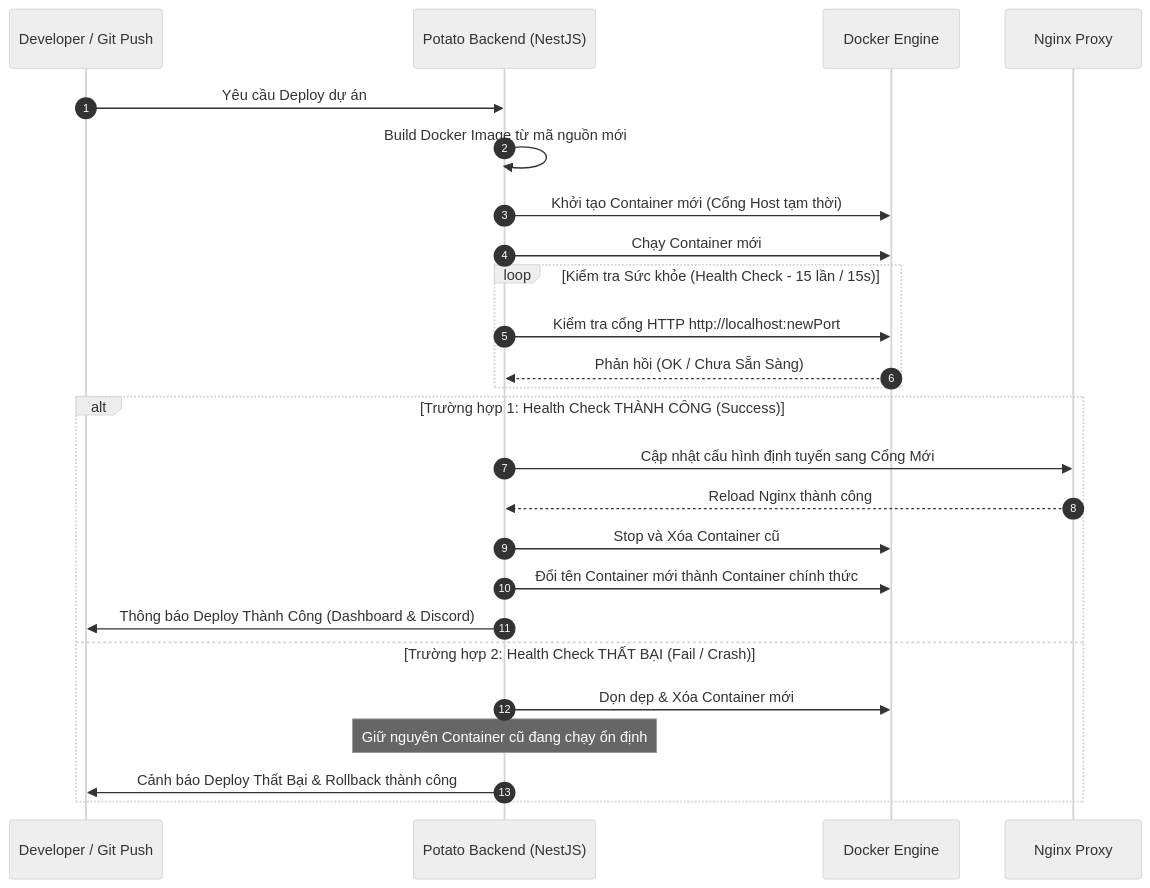
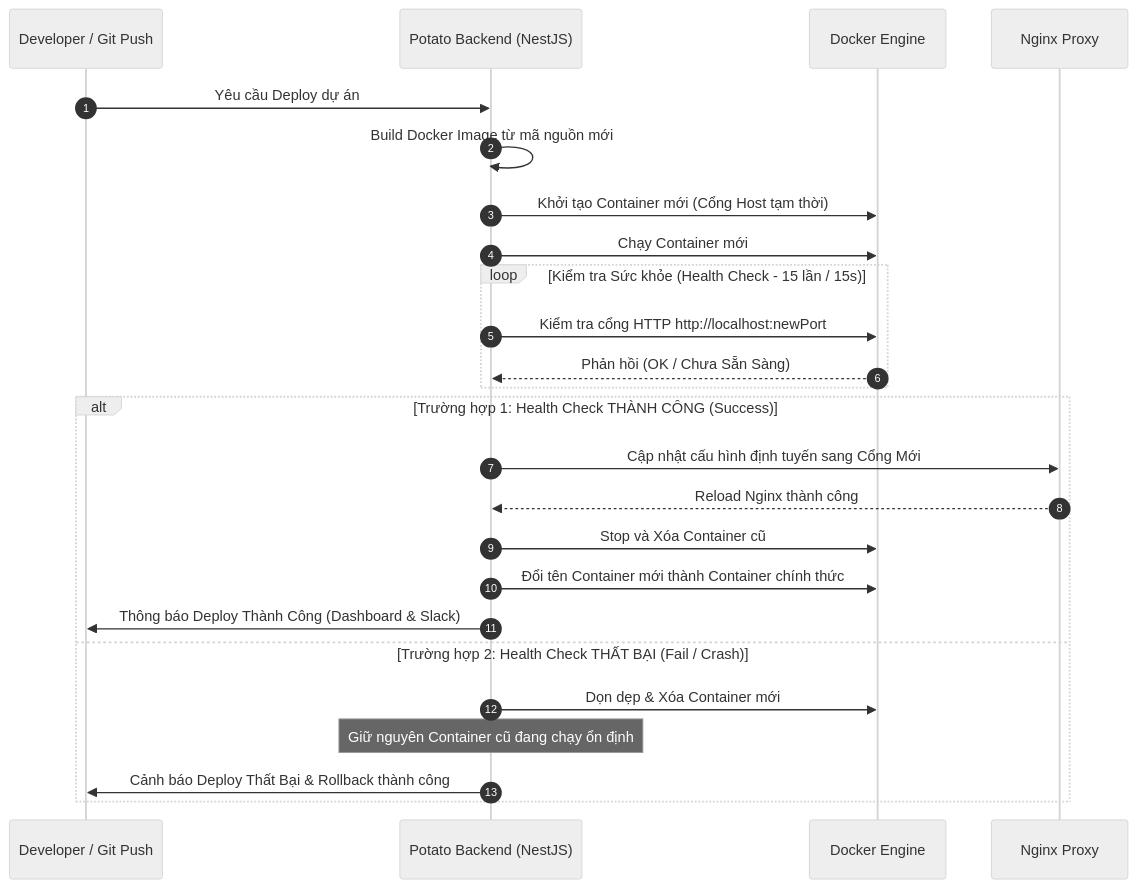
The first of 3 diagrams in BAO_CAO_TIEN_DO.md (minhduy7741/Potato), drawn with Mermaid (neutral theme) before and after one commit. The commit also changed other lines of this file and 52 other files, not shown here.

Commit message:
Fix WebSocket errors, update schema, and UI improvements

````diff
--- a/BAO_CAO_TIEN_DO.md
+++ b/BAO_CAO_TIEN_DO.md
@@ -32,30 +32,30 @@
 ```mermaid
 sequenceDiagram
     autonumber
     participant D as Developer / Git Push
     participant BE as Potato Backend (NestJS)
     participant DK as Docker Engine
     participant NX as Nginx Proxy
     
     D->>BE: Yêu cầu Deploy dự án
     BE->>BE: Build Docker Image từ mã nguồn mới
     BE->>DK: Khởi tạo Container mới (Cổng Host tạm thời)
     BE->>DK: Chạy Container mới
     
     loop Kiểm tra Sức khỏe (Health Check - 15 lần / 15s)
         BE->>DK: Kiểm tra cổng HTTP http://localhost:newPort
         DK-->>BE: Phản hồi (OK / Chưa Sẵn Sàng)
     end
     
     alt Trường hợp 1: Health Check THÀNH CÔNG (Success)
         BE->>NX: Cập nhật cấu hình định tuyến sang Cổng Mới
         NX-->>BE: Reload Nginx thành công
         BE->>DK: Stop và Xóa Container cũ
         BE->>DK: Đổi tên Container mới thành Container chính thức
-        BE->>D: Thông báo Deploy Thành Công (Dashboard & Discord)
+        BE->>D: Thông báo Deploy Thành Công (Dashboard & Slack)
     else Trường hợp 2: Health Check THẤT BẠI (Fail / Crash)
         BE->>DK: Dọn dẹp & Xóa Container mới
         Note over BE: Giữ nguyên Container cũ đang chạy ổn định
         BE->>D: Cảnh báo Deploy Thất Bại & Rollback thành công
     end
 ```
````
